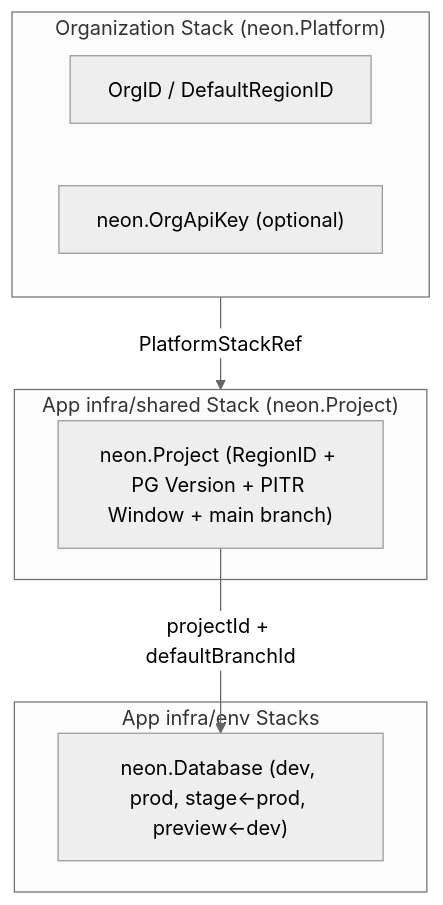
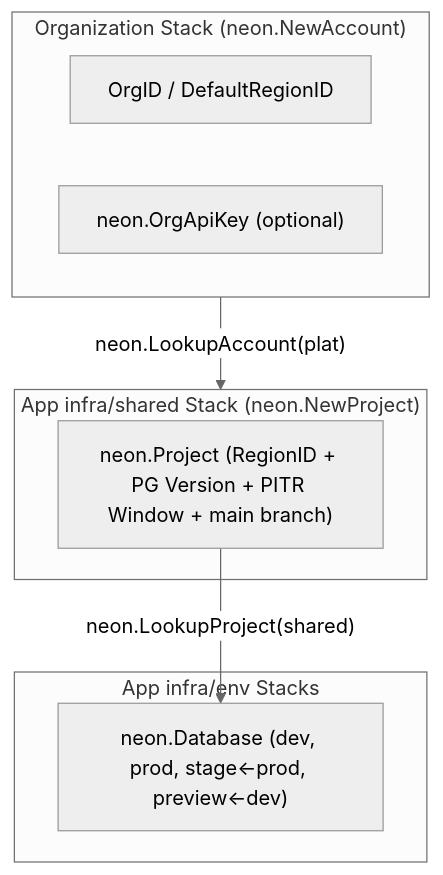
The first of 2 diagrams in docs/architecture/providers/neon/index.md (cloudvoyant/openbase), drawn with Mermaid (neutral theme) before and after one commit. The commit also changed other lines of this file and 64 other files, not shown here.

First line of the commit message:
refactor(components): adopt NewAccount and typed cross-stack lookups

````diff
--- a/docs/architecture/providers/neon/index.md
+++ b/docs/architecture/providers/neon/index.md
@@ -24,18 +24,18 @@
 ```mermaid
 flowchart TD
-    subgraph Org["Organization Stack (neon.Platform)"]
+    subgraph Org["Organization Stack (neon.NewAccount)"]
         Defaults["OrgID / DefaultRegionID"]
         OrgKey["neon.OrgApiKey (optional)"]
     end
 
-    subgraph App["App infra/shared Stack (neon.Project)"]
+    subgraph App["App infra/shared Stack (neon.NewProject)"]
         Cluster["neon.Project (RegionID + PG Version + PITR Window + main branch)"]
     end
 
     subgraph Env["App infra/env Stacks"]
         DB["neon.Database (dev, prod, stage<-prod, preview<-dev)"]
     end
 
-    Org -->|"PlatformStackRef"| App
-    Cluster -->|"projectId + defaultBranchId"| DB
+    Org -->|"neon.LookupAccount(plat)"| App
+    Cluster -->|"neon.LookupProject(shared)"| DB
 ```
````
